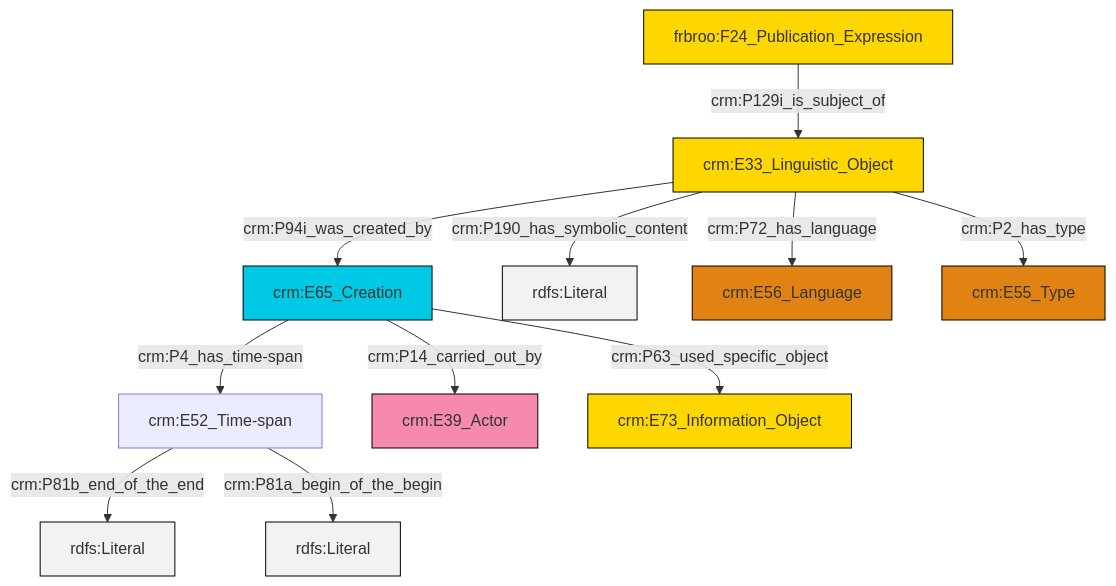
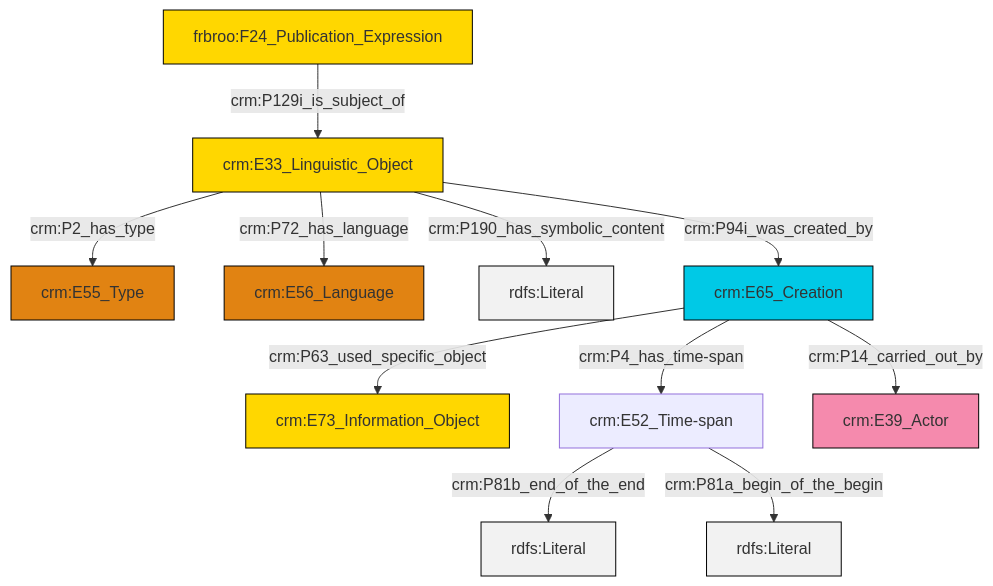
Before and after one commit to swiss-art-research-net/reference-data-models: the diagram in et/biblioCSV/ttl/mmd/biblio_description.ttl.mmd, drawn with Mermaid. The commit also changed 128 other files, not shown here.

```diff
--- a/et/biblioCSV/ttl/mmd/biblio_description.ttl.mmd
+++ b/et/biblioCSV/ttl/mmd/biblio_description.ttl.mmd
@@ -1,25 +1,25 @@
 graph TD
 classDef Literal fill:#f2f2f2,stroke:#000000;
 classDef CRM_Entity fill:#FFFFFF,stroke:#000000;
 classDef Temporal_Entity fill:#00C9E6, stroke:#000000;
 classDef Type fill:#E18312, stroke:#000000;
 classDef Time-Span fill:#2C9C91, stroke:#000000;
 classDef Appellation fill:#FFEB7F, stroke:#000000;
 classDef Place fill:#008836, stroke:#000000;
 classDef Persistent_Item fill:#B266B2, stroke:#000000;
 classDef Conceptual_Object fill:#FFD700, stroke:#000000;
 classDef Physical_Thing fill:#D2B48C, stroke:#000000;
 classDef Actor fill:#f58aad, stroke:#000000;
 classDef PC_Classes fill:#4ce600, stroke:#000000;
 classDef Multi fill:#cccccc,stroke:#000000;
 
-2["crm:E52_Time-span"]:::Default -->|crm:P81b_end_of_the_end| 3[rdfs:Literal]:::Literal
-0["crm:E33_Linguistic_Object"]:::Conceptual_Object -->|crm:P94i_was_created_by| 4["crm:E65_Creation"]:::Temporal_Entity
-5["frbroo:F24_Publication_Expression"]:::Conceptual_Object -->|crm:P129i_is_subject_of| 0["crm:E33_Linguistic_Object"]:::Conceptual_Object
-4["crm:E65_Creation"]:::Temporal_Entity -->|crm:P4_has_time-span| 2["crm:E52_Time-span"]:::Default
-0["crm:E33_Linguistic_Object"]:::Conceptual_Object -->|crm:P190_has_symbolic_content| 7[rdfs:Literal]:::Literal
-0["crm:E33_Linguistic_Object"]:::Conceptual_Object -->|crm:P2_has_type| 11["crm:E55_Type"]:::Type
-0["crm:E33_Linguistic_Object"]:::Conceptual_Object -->|crm:P72_has_language| 8["crm:E56_Language"]:::Type
-2["crm:E52_Time-span"]:::Default -->|crm:P81a_begin_of_the_begin| 16[rdfs:Literal]:::Literal
-4["crm:E65_Creation"]:::Temporal_Entity -->|crm:P14_carried_out_by| 12["crm:E39_Actor"]:::Actor
-4["crm:E65_Creation"]:::Temporal_Entity -->|crm:P63_used_specific_object| 17["crm:E73_Information_Object"]:::Conceptual_Object
+6["crm:E33_Linguistic_Object"]:::Conceptual_Object -->|crm:P2_has_type| 0["crm:E55_Type"]:::Type
+6["crm:E33_Linguistic_Object"]:::Conceptual_Object -->|crm:P190_has_symbolic_content| 9[rdfs:Literal]:::Literal
+10["crm:E52_Time-span"]:::Default -->|crm:P81b_end_of_the_end| 11[rdfs:Literal]:::Literal
+10["crm:E52_Time-span"]:::Default -->|crm:P81a_begin_of_the_begin| 12[rdfs:Literal]:::Literal
+6["crm:E33_Linguistic_Object"]:::Conceptual_Object -->|crm:P72_has_language| 7["crm:E56_Language"]:::Type
+2["frbroo:F24_Publication_Expression"]:::Conceptual_Object -->|crm:P129i_is_subject_of| 6["crm:E33_Linguistic_Object"]:::Conceptual_Object
+16["crm:E65_Creation"]:::Temporal_Entity -->|crm:P14_carried_out_by| 13["crm:E39_Actor"]:::Actor
+6["crm:E33_Linguistic_Object"]:::Conceptual_Object -->|crm:P94i_was_created_by| 16["crm:E65_Creation"]:::Temporal_Entity
+16["crm:E65_Creation"]:::Temporal_Entity -->|crm:P63_used_specific_object| 4["crm:E73_Information_Object"]:::Conceptual_Object
+16["crm:E65_Creation"]:::Temporal_Entity -->|crm:P4_has_time-span| 10["crm:E52_Time-span"]:::Default
```
